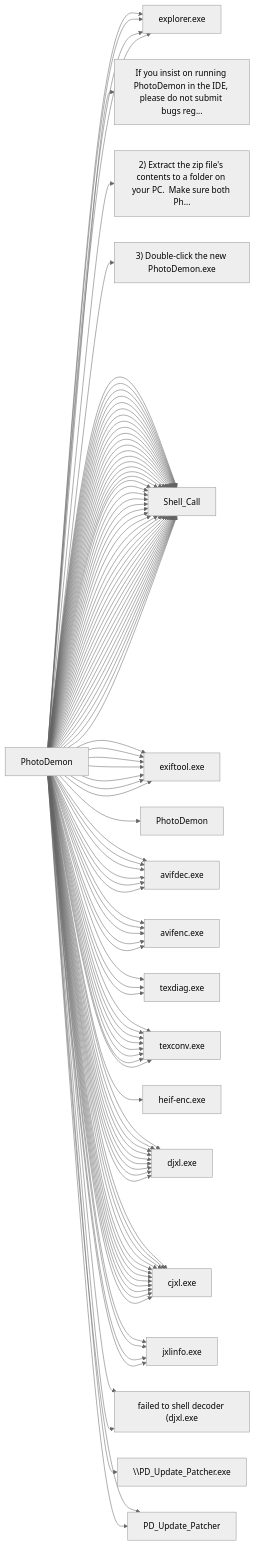
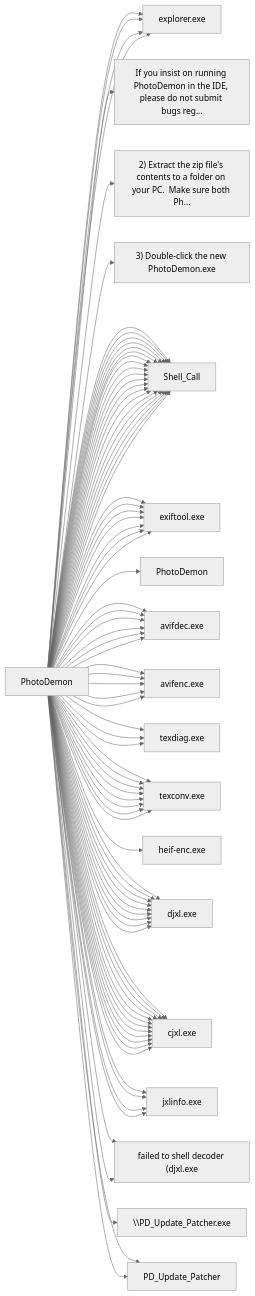
Before and after one commit to wmwang/suck_codex: the diagram in legacy_linker/wiki_output/docs/PhotoDemon.md, drawn with Mermaid (neutral theme). The commit also changed other lines of this file and 11 other files, not shown here.

```diff
--- a/legacy_linker/wiki_output/docs/PhotoDemon.md
+++ b/legacy_linker/wiki_output/docs/PhotoDemon.md
@@ -488,7 +476,6 @@
   Current --> exiftoolexe["exiftool.exe"]
   Current --> exiftoolexe["exiftool.exe"]
   Current --> ShellCall["Shell_Call"]
-  Current --> ShellCall["Shell_Call"]
   Current --> PhotoDemon["PhotoDemon"]
   Current --> avifdecexe["avifdec.exe"]
   Current --> avifdecexe["avifdec.exe"]
@@ -499,11 +486,6 @@
   Current --> avifdecexe["avifdec.exe"]
   Current --> avifencexe["avifenc.exe"]
   Current --> avifdecexe["avifdec.exe"]
-  Current --> ShellCall["Shell_Call"]
-  Current --> ShellCall["Shell_Call"]
-  Current --> ShellCall["Shell_Call"]
-  Current --> ShellCall["Shell_Call"]
-  Current --> ShellCall["Shell_Call"]
   Current --> texdiagexe["texdiag.exe"]
   Current --> texconvexe["texconv.exe"]
   Current --> texconvexe["texconv.exe"]
@@ -513,12 +495,6 @@
   Current --> texdiagexe["texdiag.exe"]
   Current --> texconvexe["texconv.exe"]
   Current --> texconvexe["texconv.exe"]
-  Current --> ShellCall["Shell_Call"]
-  Current --> ShellCall["Shell_Call"]
-  Current --> ShellCall["Shell_Call"]
-  Current --> ShellCall["Shell_Call"]
-  Current --> ShellCall["Shell_Call"]
-  Current --> ShellCall["Shell_Call"]
   Current --> heifencexe["heif-enc.exe"]
   Current --> djxlexe["djxl.exe"]
   Current --> cjxlexe["cjxl.exe"]
@@ -544,18 +520,6 @@
   Current --> cjxlexe["cjxl.exe"]
   Current --> cjxlexe["cjxl.exe"]
   Current --> cjxlexe["cjxl.exe"]
-  Current --> ShellCall["Shell_Call"]
-  Current --> ShellCall["Shell_Call"]
-  Current --> ShellCall["Shell_Call"]
-  Current --> ShellCall["Shell_Call"]
-  Current --> ShellCall["Shell_Call"]
-  Current --> ShellCall["Shell_Call"]
-  Current --> ShellCall["Shell_Call"]
-  Current --> ShellCall["Shell_Call"]
-  Current --> ShellCall["Shell_Call"]
-  Current --> ShellCall["Shell_Call"]
-  Current --> ShellCall["Shell_Call"]
-  Current --> ShellCall["Shell_Call"]
   Current --> texconvexe["texconv.exe"]
   Current --> exiftoolexe["exiftool.exe"]
   Current --> avifdecexe["avifdec.exe"]
```
